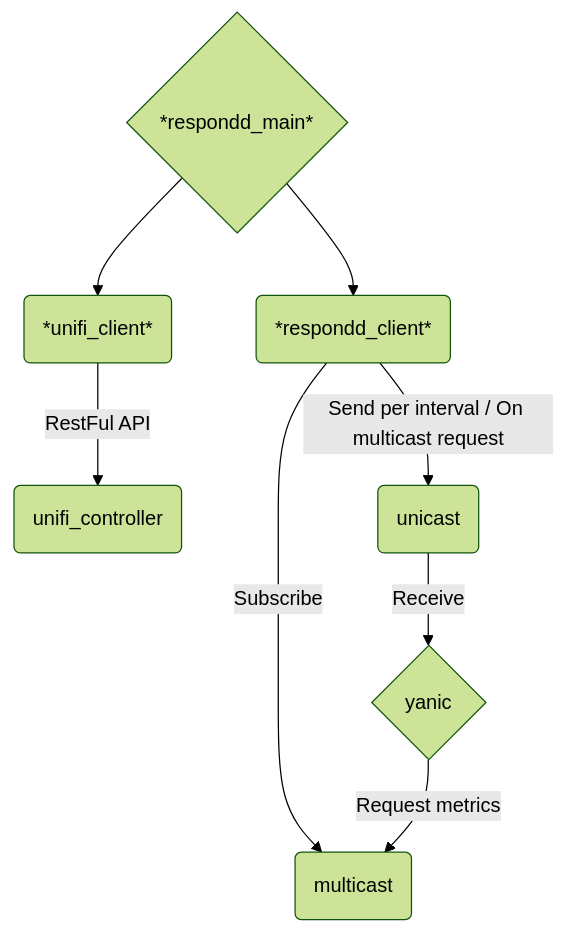
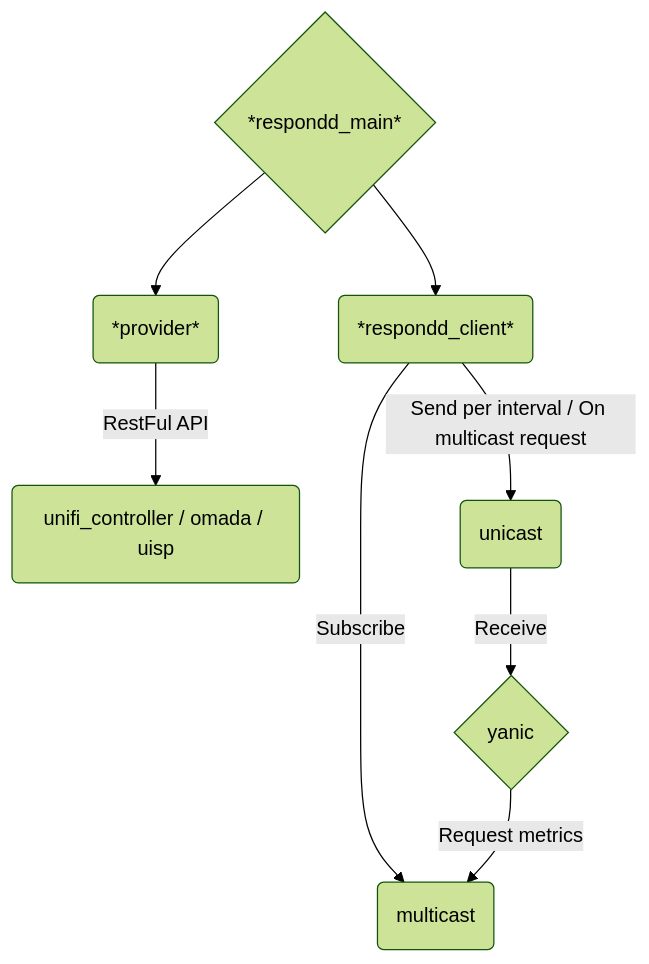
The diagram in README.md (freifunkMUC/unifi_respondd), drawn with Mermaid (forest theme) before and after one commit. The commit also changed other lines of this file and 5 other files, not shown here.

First line of the commit message:
Complete provider abstraction for UniFi/Omada/UISP support

````diff
--- a/README.md
+++ b/README.md
@@ -7,10 +7,10 @@
 ```mermaid
 graph TD;
-	A{"*respondd_main*"} -->| | B("*unifi_client*")
+	A{"*respondd_main*"} -->| | B("*provider*")
     A -->| | C("*respondd_client*")
-	B -->|"RestFul API"| D("unifi_controller")
+	B -->|"RestFul API"| D("unifi_controller / omada / uisp")
     C -->|"Subscribe"| E("multicast")
     C -->|"Send per interval / On multicast request"| F("unicast")
     G{"yanic"} -->|"Request metrics"| E
     F -->|"Receive"| G
 ```
````
